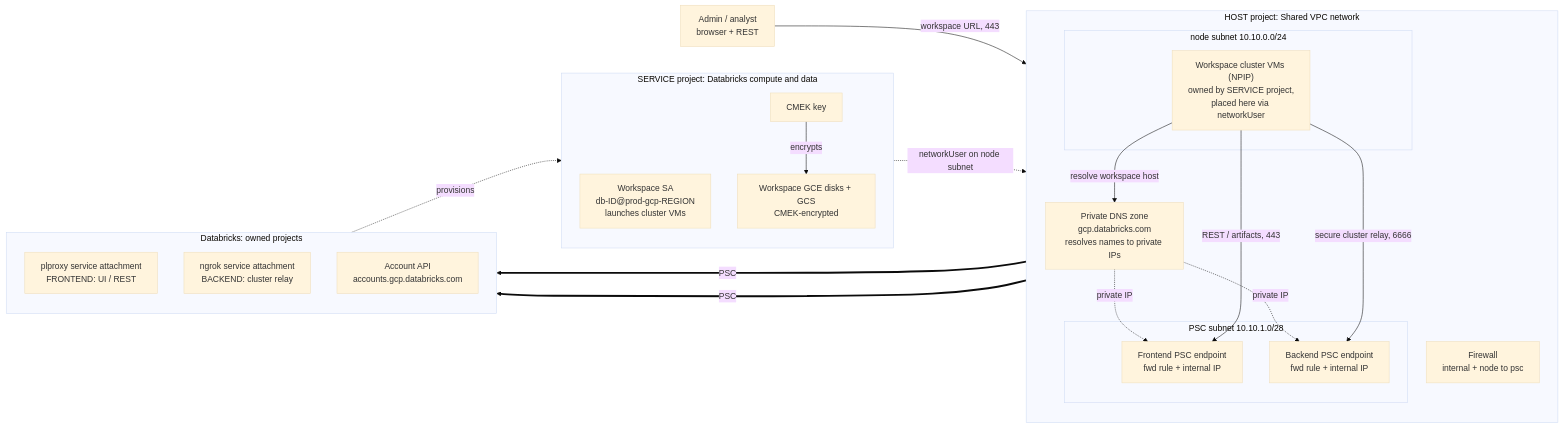
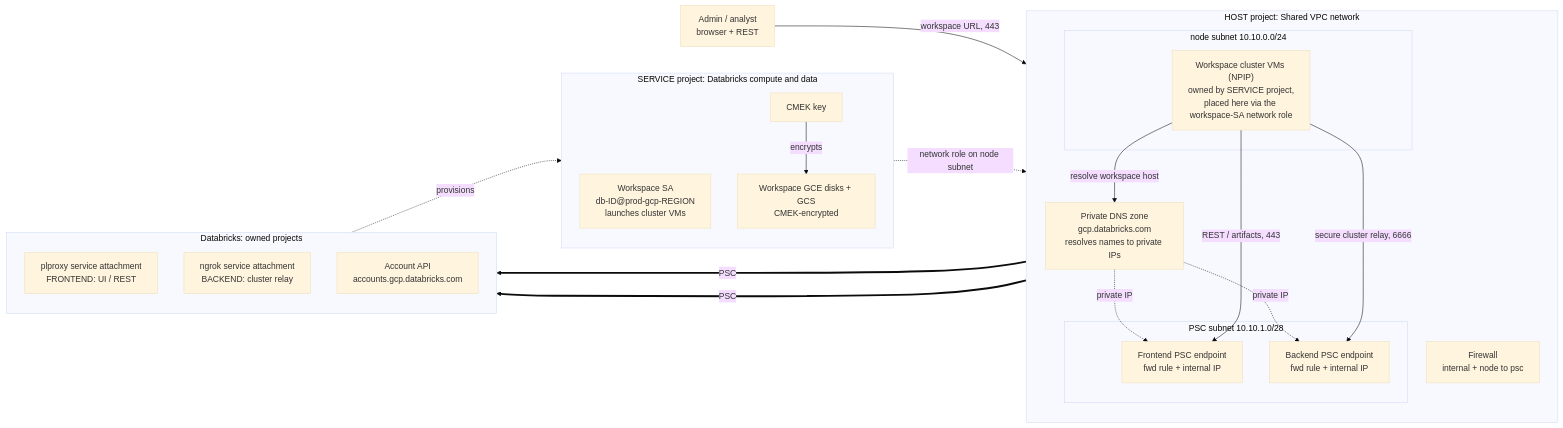
One commit to klevisa/shared-vpc-cmk-psc-databricks-deployment changed the diagram in docs/architecture.md. Above: the diagram before and after it, drawn with Mermaid (base theme). The commit also changed other lines of this file and 36 other files, not shown here.

First line of the commit message:
Fix GCP workspace setup to the least-privilege two-phase flow

````diff
--- a/docs/architecture.md
+++ b/docs/architecture.md
@@ -10,43 +10,43 @@
 ```mermaid
 flowchart LR
     USER["Admin / analyst<br/>browser + REST"]
 
     subgraph HOST["HOST project: Shared VPC network"]
         direction TB
         DNS["Private DNS zone<br/>gcp.databricks.com<br/>resolves names to private IPs"]
         subgraph NODE["node subnet 10.10.0.0/24"]
-            VM["Workspace cluster VMs (NPIP)<br/>owned by SERVICE project,<br/>placed here via networkUser"]
+            VM["Workspace cluster VMs (NPIP)<br/>owned by SERVICE project,<br/>placed here via the workspace-SA network role"]
         end
         subgraph PE["PSC subnet 10.10.1.0/28"]
             FE["Frontend PSC endpoint<br/>fwd rule + internal IP"]
             BE["Backend PSC endpoint<br/>fwd rule + internal IP"]
         end
         FW["Firewall<br/>internal + node to psc"]
     end
 
     subgraph SVC["SERVICE project: Databricks compute and data"]
         direction TB
         WSSA["Workspace SA<br/>db-ID@prod-gcp-REGION<br/>launches cluster VMs"]
         KMS["CMEK key"]
         DATA["Workspace GCE disks + GCS<br/>CMEK-encrypted"]
     end
 
     subgraph DBX["Databricks: owned projects"]
         direction TB
         PLPROXY["plproxy service attachment<br/>FRONTEND: UI / REST"]
         NGROK["ngrok service attachment<br/>BACKEND: cluster relay"]
         ACCT["Account API<br/>accounts.gcp.databricks.com"]
     end
 
     USER -->|"workspace URL, 443"| FE
     VM -->|"resolve workspace host"| DNS
     DNS -.->|"private IP"| FE
     DNS -.->|"private IP"| BE
     VM -->|"REST / artifacts, 443"| FE
     VM -->|"secure cluster relay, 6666"| BE
     FE ==>|"PSC"| PLPROXY
     BE ==>|"PSC"| NGROK
     KMS -->|"encrypts"| DATA
-    WSSA -.->|"networkUser on node subnet"| NODE
+    WSSA -.->|"network role on node subnet"| NODE
     ACCT -.->|"provisions"| SVC
 ```
````
